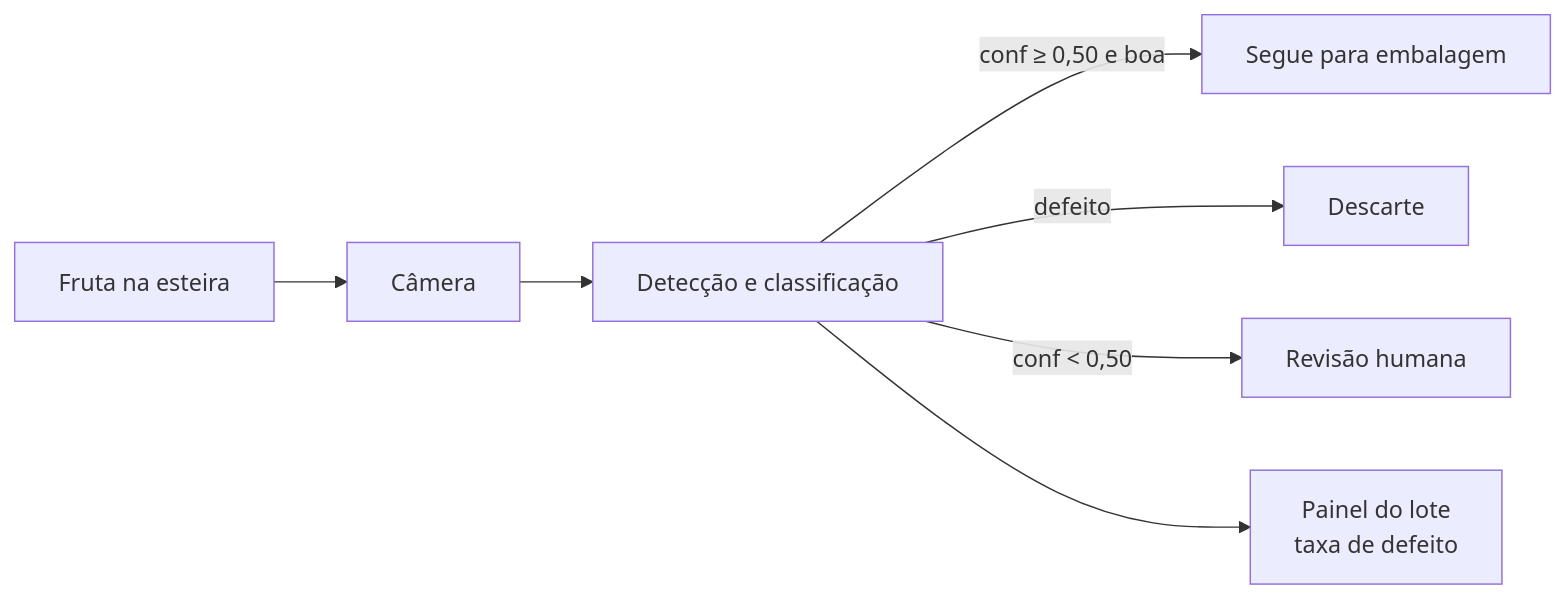
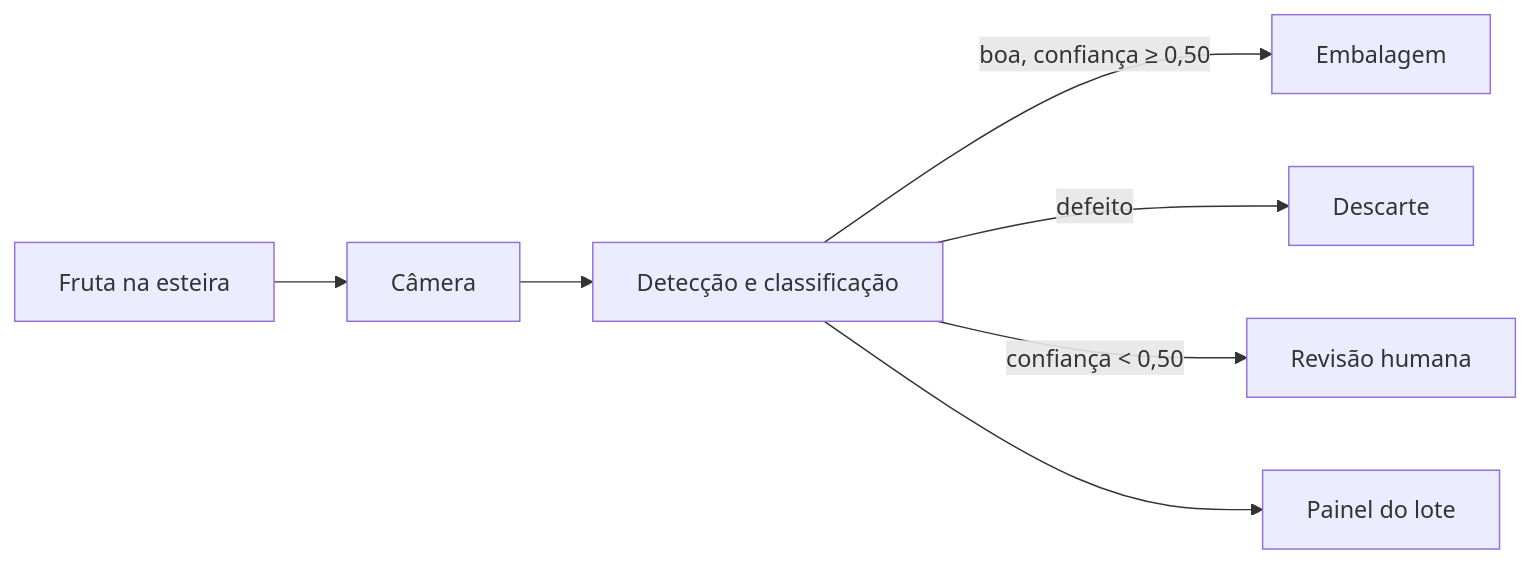
One commit to BrunoSilveira100/Citrus-yolo-isnpecion changed the second of 2 diagrams in README.md. Above: the diagram before and after it, drawn with Mermaid. The commit also changed other lines of this file and 6 other files, not shown here.

````diff
--- a/README.md
+++ b/README.md
@@ -128,9 +68,9 @@
 ```mermaid
 flowchart LR
     A[Fruta na esteira] --> B[Câmera]
     B --> C[Detecção e classificação]
-    C -->|conf ≥ 0,50 e boa| D[Segue para embalagem]
+    C -->|boa, confiança ≥ 0,50| D[Embalagem]
     C -->|defeito| E[Descarte]
-    C -->|conf < 0,50| F[Revisão humana]
-    C --> G[Painel do lote<br/>taxa de defeito]
+    C -->|confiança < 0,50| F[Revisão humana]
+    C --> G[Painel do lote]
 ```
````
